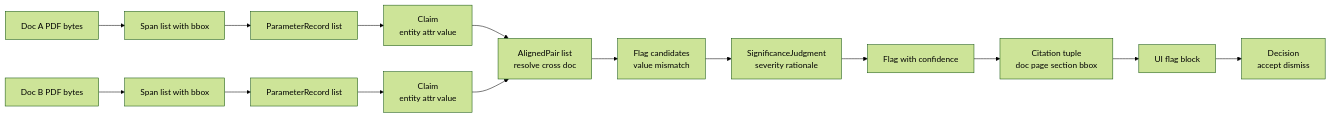
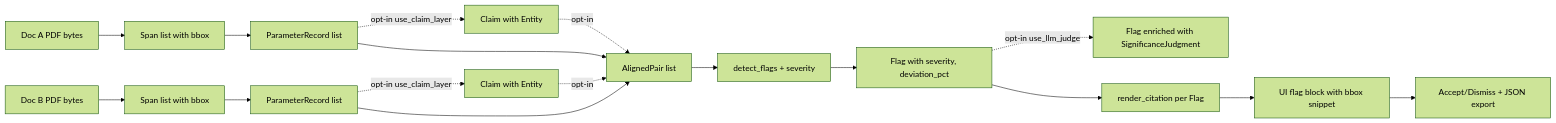
Before and after one commit to funcpointer/interlock-ai: the third of 5 diagrams in docs/ARCHITECTURE.md, drawn with Mermaid (forest theme). The commit also changed other lines of this file and 5 other files, not shown here.

````diff
--- a/docs/ARCHITECTURE.md
+++ b/docs/ARCHITECTURE.md
@@ -144,17 +133,19 @@
 ```mermaid
 graph LR
-    PDFa[Doc A PDF bytes] --> Spans_a[Span list with bbox]
-    PDFb[Doc B PDF bytes] --> Spans_b[Span list with bbox]
-    Spans_a --> Params_a[ParameterRecord list]
-    Spans_b --> Params_b[ParameterRecord list]
-    Params_a --> Claims_a[Claim<br/>entity attr value]
-    Params_b --> Claims_b[Claim<br/>entity attr value]
-    Claims_a --> Pairs[AlignedPair list<br/>resolve cross doc]
-    Claims_b --> Pairs
-    Pairs --> Candidates[Flag candidates<br/>value mismatch]
-    Candidates --> Judgments[SignificanceJudgment<br/>severity rationale]
-    Judgments --> Flags[Flag with confidence]
-    Flags --> Citations[Citation tuple<br/>doc page section bbox]
-    Citations --> UIFlag[UI flag block]
-    UIFlag --> Decisions[Decision<br/>accept dismiss]
+    PDFa[Doc A PDF bytes] --> Spansa[Span list with bbox]
+    PDFb[Doc B PDF bytes] --> Spansb[Span list with bbox]
+    Spansa --> Paramsa[ParameterRecord list]
+    Spansb --> Paramsb[ParameterRecord list]
+    Paramsa -.opt-in use_claim_layer.-> Claimsa[Claim with Entity]
+    Paramsb -.opt-in use_claim_layer.-> Claimsb[Claim with Entity]
+    Paramsa --> Pairs[AlignedPair list]
+    Paramsb --> Pairs
+    Claimsa -.opt-in.-> Pairs
+    Claimsb -.opt-in.-> Pairs
+    Pairs --> Detect[detect_flags + severity]
+    Detect --> Flags[Flag with severity, deviation_pct]
+    Flags -.opt-in use_llm_judge.-> Judged[Flag enriched with SignificanceJudgment]
+    Flags --> Cites[render_citation per Flag]
+    Cites --> UIFlag[UI flag block with bbox snippet]
+    UIFlag --> Decisions[Accept/Dismiss + JSON export]
 ```
````
